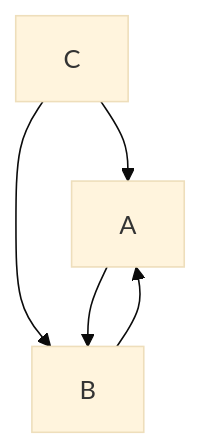
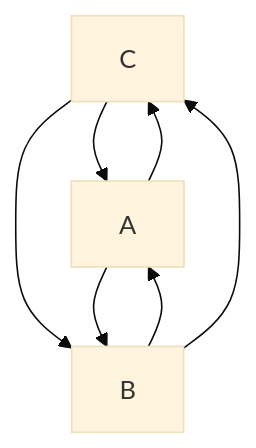
One commit to mshunko101/mshunko101 changed the diagram in README.md. Above: the diagram before and after it, drawn with Mermaid (base theme).

````diff
--- a/README.md
+++ b/README.md
@@ -70,7 +70,9 @@
 ```mermaid
 graph TD;
     C-->A;
     C-->B;
     B-->A;
     A-->B;
+    A-->C;
+    B-->C;
 ```
````
